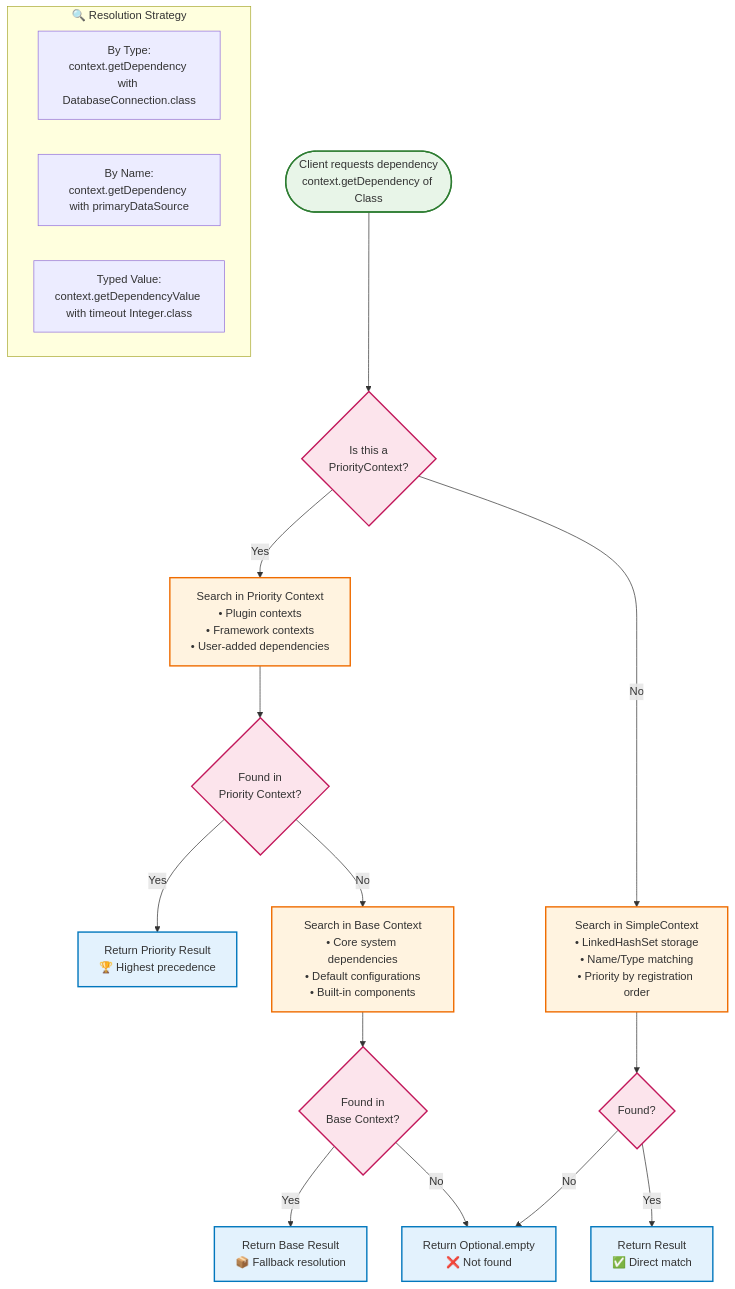
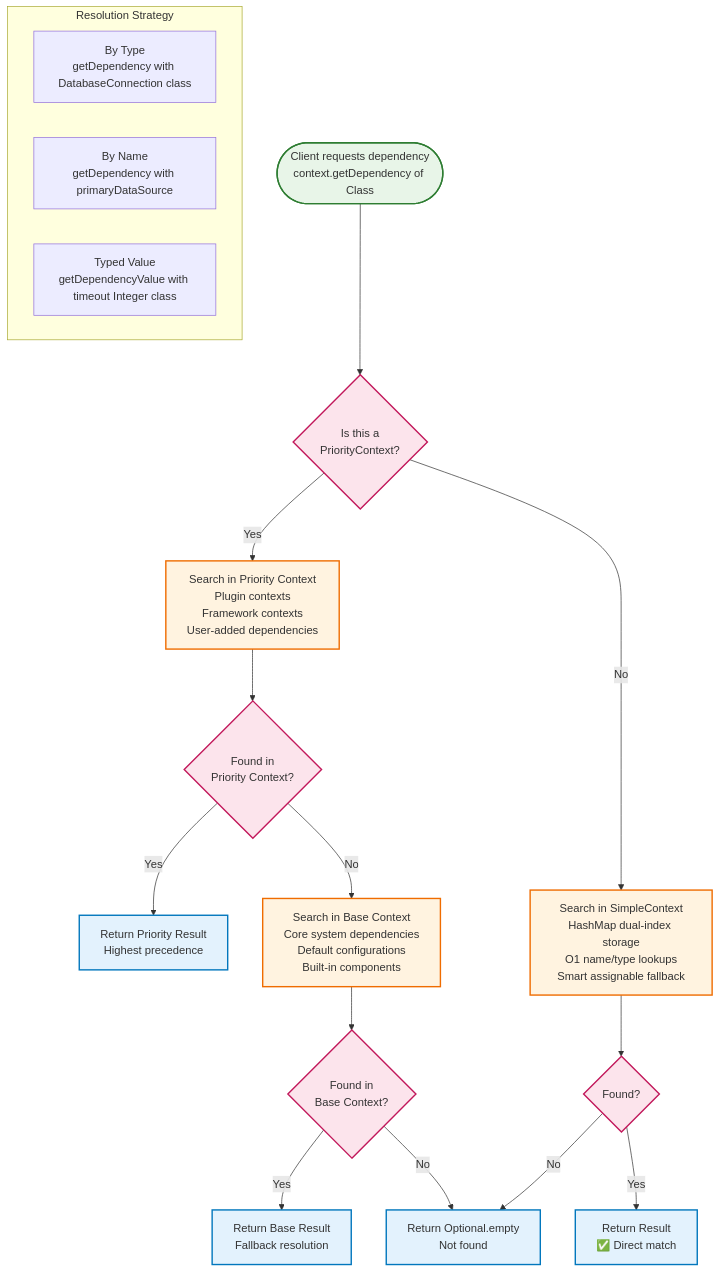
One commit to flamingock/flamingock-java changed the second of 3 diagrams in docs/CONTEXT_ARCHITECTURE.md. Above: the diagram before and after it, drawn with Mermaid. The commit also changed other lines of this file and 21 other files, not shown here.

````diff
--- a/docs/CONTEXT_ARCHITECTURE.md
+++ b/docs/CONTEXT_ARCHITECTURE.md
@@ -83,34 +83,34 @@
 ```mermaid
 graph TD
     %% Style Classes
     classDef requestClass fill:#e8f5e8,stroke:#2e7d32,stroke-width:2px
     classDef processClass fill:#fff3e0,stroke:#ef6c00,stroke-width:2px
     classDef decisionClass fill:#fce4ec,stroke:#c2185b,stroke-width:2px
     classDef resultClass fill:#e3f2fd,stroke:#0277bd,stroke-width:2px
 
     %% Resolution Flow
     Start([Client requests dependency<br/>context.getDependency of Class]):::requestClass
     Start --> PriorityCheck{Is this a<br/>PriorityContext?}:::decisionClass
     
     %% Priority Context Path
-    PriorityCheck -->|Yes| SearchPriority[Search in Priority Context<br/>• Plugin contexts<br/>• Framework contexts<br/>• User-added dependencies]:::processClass
+    PriorityCheck -->|Yes| SearchPriority[Search in Priority Context<br/>Plugin contexts<br/>Framework contexts<br/>User-added dependencies]:::processClass
     SearchPriority --> PriorityFound{Found in<br/>Priority Context?}:::decisionClass
-    PriorityFound -->|Yes| ReturnPriority[Return Priority Result<br/>🏆 Highest precedence]:::resultClass
-    PriorityFound -->|No| SearchBase[Search in Base Context<br/>• Core system dependencies<br/>• Default configurations<br/>• Built-in components]:::processClass
+    PriorityFound -->|Yes| ReturnPriority[Return Priority Result<br/>Highest precedence]:::resultClass
+    PriorityFound -->|No| SearchBase[Search in Base Context<br/>Core system dependencies<br/>Default configurations<br/>Built-in components]:::processClass
     SearchBase --> BaseFound{Found in<br/>Base Context?}:::decisionClass
-    BaseFound -->|Yes| ReturnBase[Return Base Result<br/>📦 Fallback resolution]:::resultClass
-    BaseFound -->|No| ReturnEmpty[Return Optional.empty<br/>❌ Not found]:::resultClass
+    BaseFound -->|Yes| ReturnBase[Return Base Result<br/>Fallback resolution]:::resultClass
+    BaseFound -->|No| ReturnEmpty[Return Optional.empty<br/>Not found]:::resultClass
     
     %% Simple Context Path
-    PriorityCheck -->|No| SearchSimple[Search in SimpleContext<br/>• LinkedHashSet storage<br/>• Name/Type matching<br/>• Priority by registration order]:::processClass
+    PriorityCheck -->|No| SearchSimple[Search in SimpleContext<br/>HashMap dual-index storage<br/>O1 name/type lookups<br/>Smart assignable fallback]:::processClass
     SearchSimple --> SimpleFound{Found?}:::decisionClass
     SimpleFound -->|Yes| ReturnSimple[Return Result<br/>✅ Direct match]:::resultClass
     SimpleFound -->|No| ReturnEmpty
     
     %% Type Resolution Details
-    subgraph TypeResolution["🔍 Resolution Strategy"]
-        ByType[By Type:<br/>context.getDependency with DatabaseConnection.class]
-        ByName[By Name:<br/>context.getDependency with primaryDataSource]
-        ByValue[Typed Value:<br/>context.getDependencyValue with timeout Integer.class]
+    subgraph TypeResolution["Resolution Strategy"]
+        ByType[By Type<br/>getDependency with DatabaseConnection class]
+        ByName[By Name<br/>getDependency with primaryDataSource]
+        ByValue[Typed Value<br/>getDependencyValue with timeout Integer class]
     end
 ```
````
